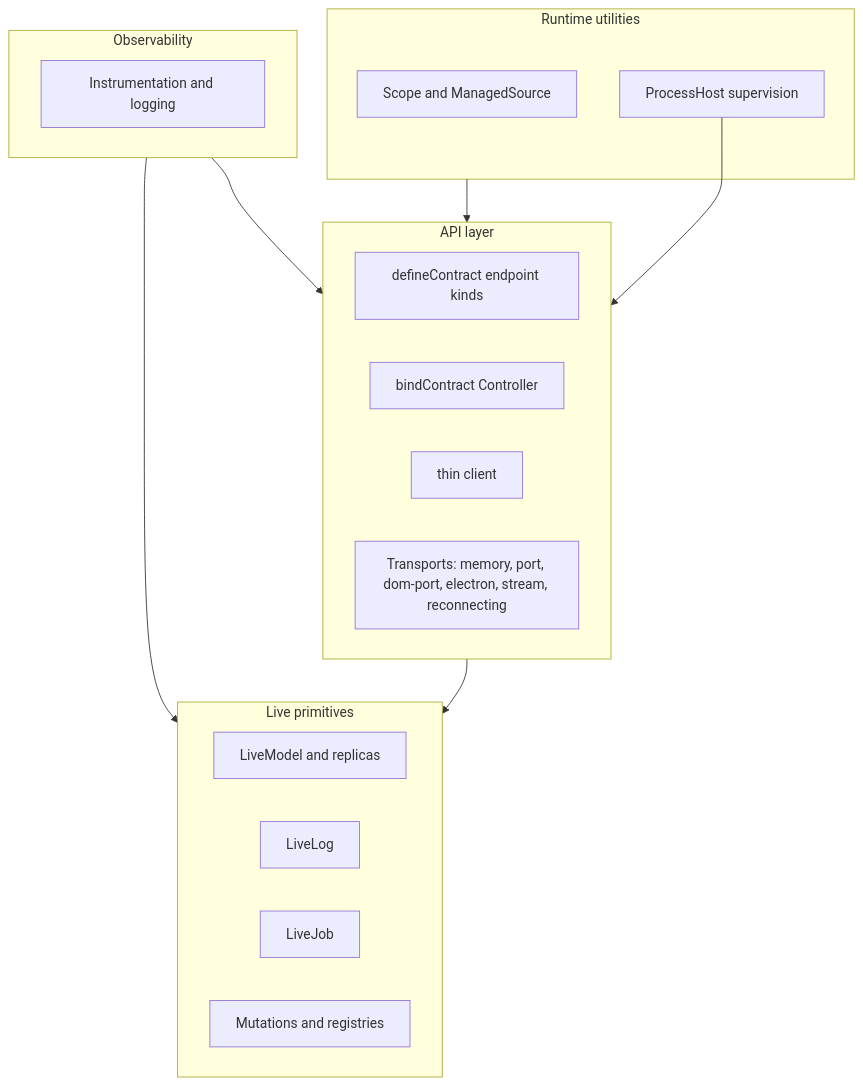
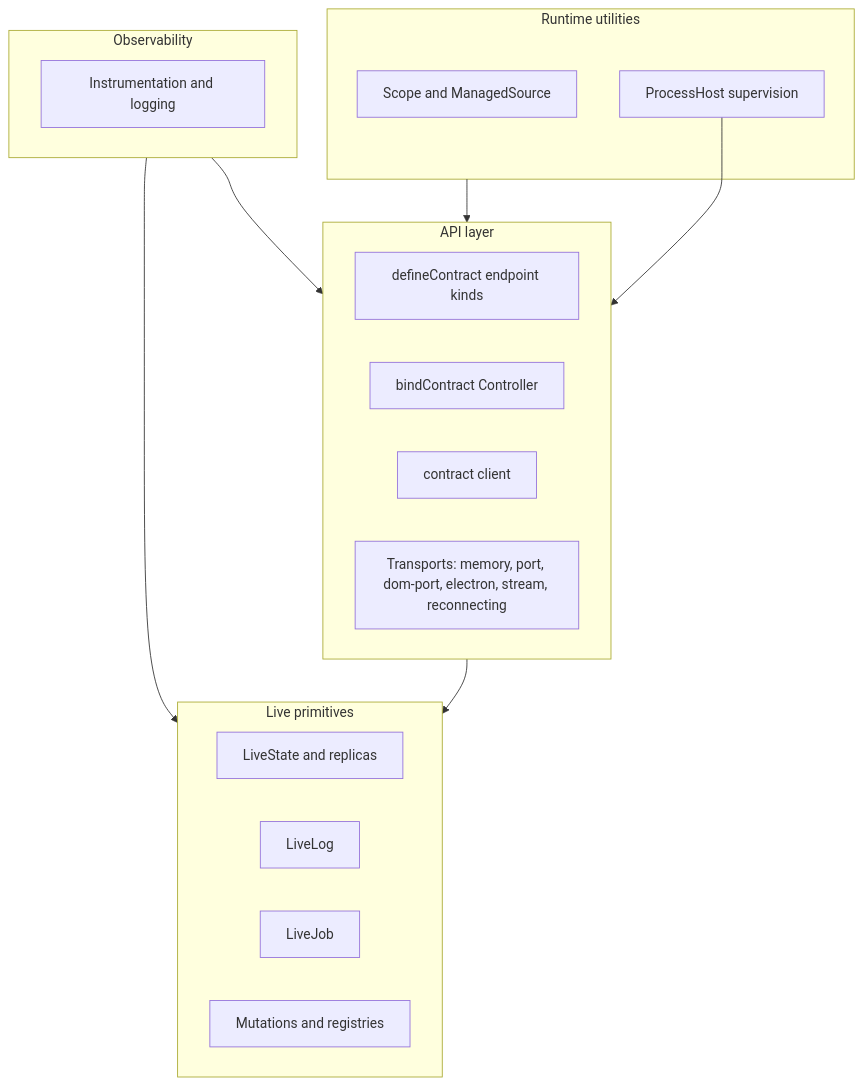
The diagram in packages/wire/docs/README.md (luisKisters/emdash), drawn with Mermaid before and after one commit. The commit also changed other lines of this file and 85 other files, not shown here.

````diff
--- a/packages/wire/docs/README.md
+++ b/packages/wire/docs/README.md
@@ -9,26 +9,26 @@
 ```mermaid
 flowchart TB
   subgraph runtime [Runtime utilities]
     scope[Scope and ManagedSource]
     processHost[ProcessHost supervision]
   end
   subgraph api [API layer]
     contracts[defineContract endpoint kinds]
     bind[bindContract Controller]
-    client[thin client]
+    client[contract client]
     transports[Transports: memory, port, dom-port, electron, stream, reconnecting]
   end
   subgraph live [Live primitives]
-    model[LiveModel and replicas]
+    model[LiveState and replicas]
     log[LiveLog]
     job[LiveJob]
     mutations[Mutations and registries]
   end
   subgraph observability [Observability]
     instrumentation[Instrumentation and logging]
   end
   runtime --> api --> live
   observability --> api
   observability --> live
   processHost --> api
 ```
````
